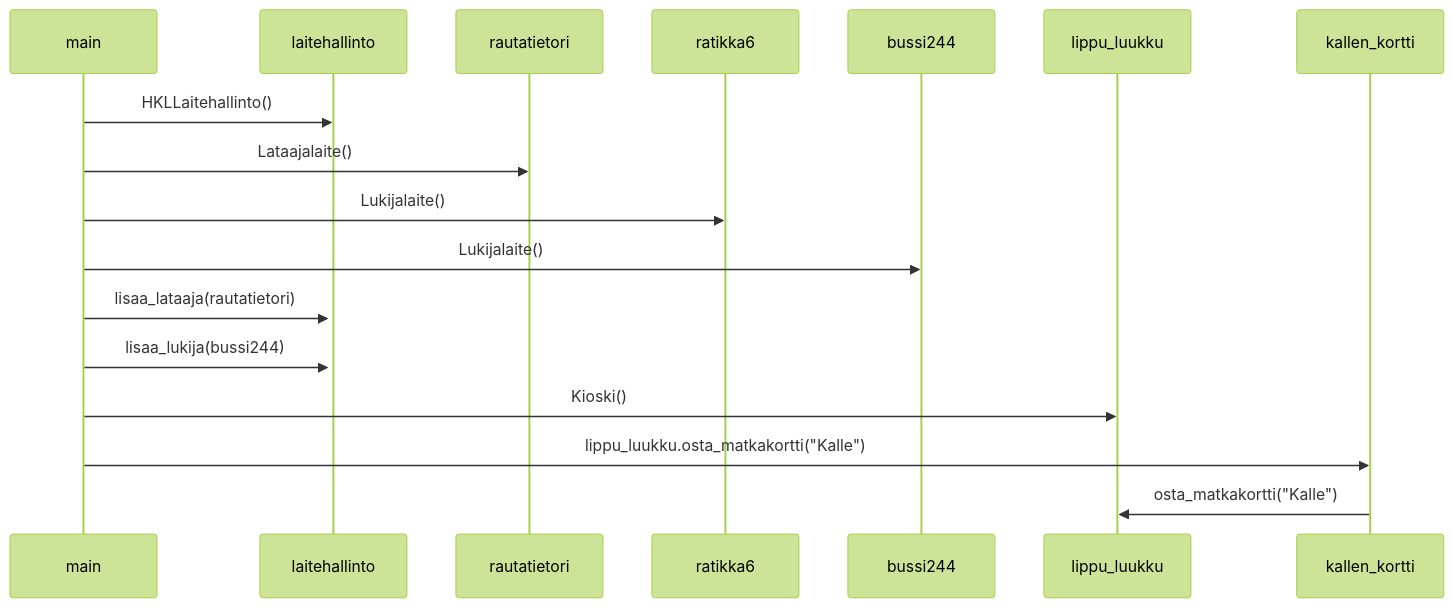
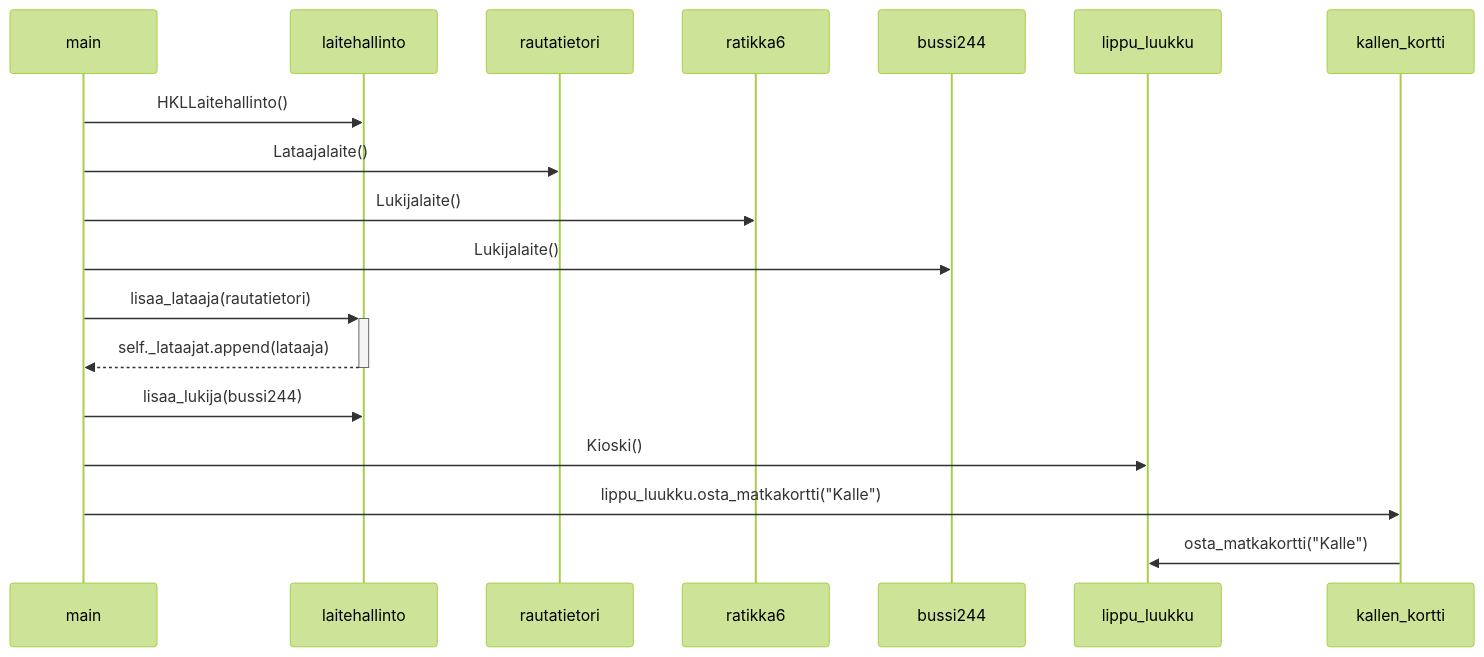
Before and after one commit to hannat1/ot-harjoitustyo: the diagram in laskarit/viikko3/hlsmatkakortti.md, drawn with Mermaid (forest theme).

````diff
--- a/laskarit/viikko3/hlsmatkakortti.md
+++ b/laskarit/viikko3/hlsmatkakortti.md
@@ -3,25 +3,28 @@
 ```mermaid
 sequenceDiagram
     participant main
     participant laitehallinto
     participant rautatietori
     participant ratikka6
     participant bussi244
     participant lippu_luukku
     participant kallen_kortti
 
     main->>laitehallinto: HKLLaitehallinto()
     main->>rautatietori: Lataajalaite()
     main->>ratikka6: Lukijalaite()
     main->>bussi244: Lukijalaite()
 
     main->>+laitehallinto: lisaa_lataaja(rautatietori)
+    laitehallinto-->>-main:  self._lataajat.append(lataaja)
+
+
     main->>laitehallinto: lisaa_lukija(bussi244)
     main->>lippu_luukku: Kioski()
     main->>kallen_kortti: lippu_luukku.osta_matkakortti("Kalle")
     kallen_kortti->>lippu_luukku: osta_matkakortti("Kalle")
 
 
 
 
 ```
````
